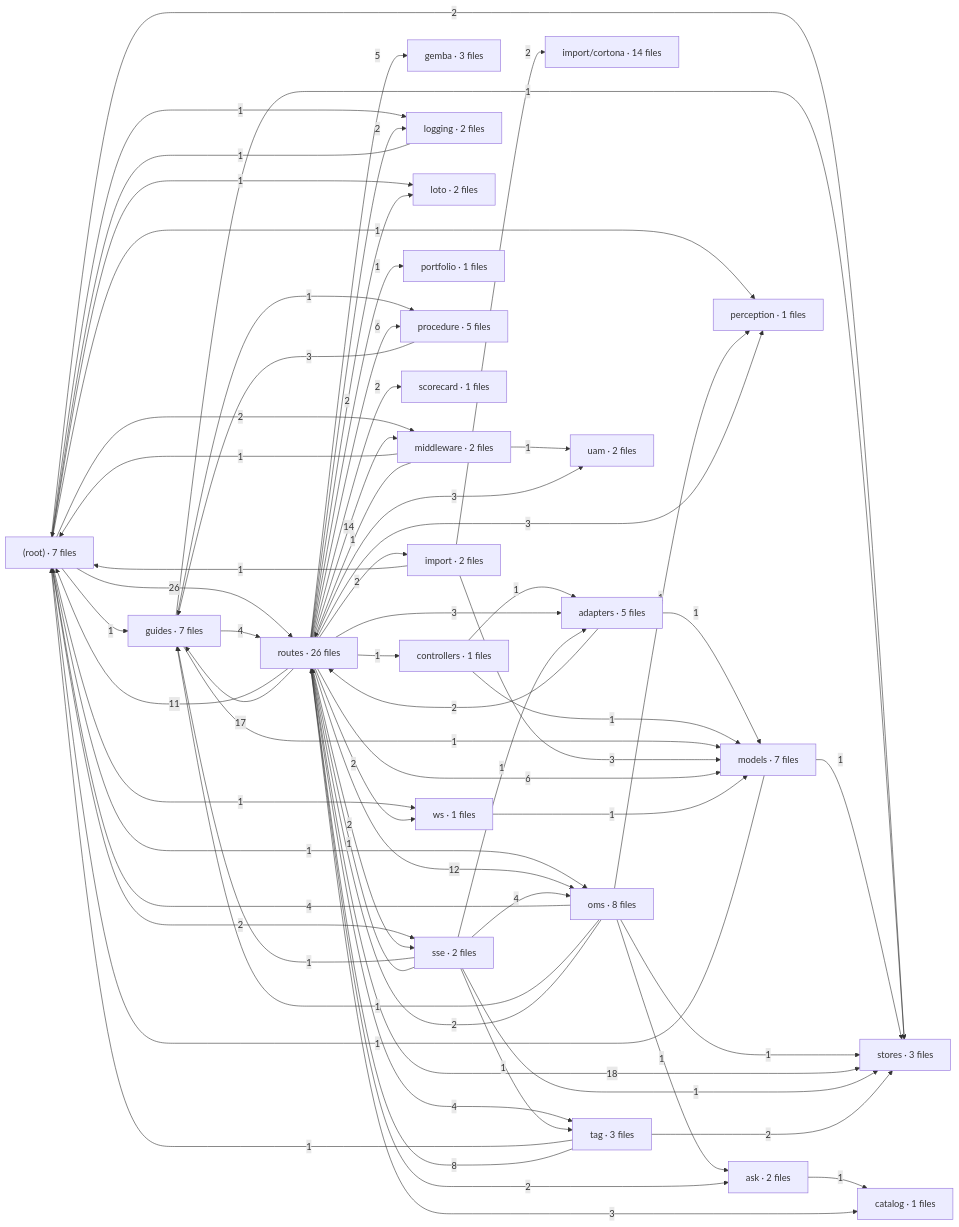
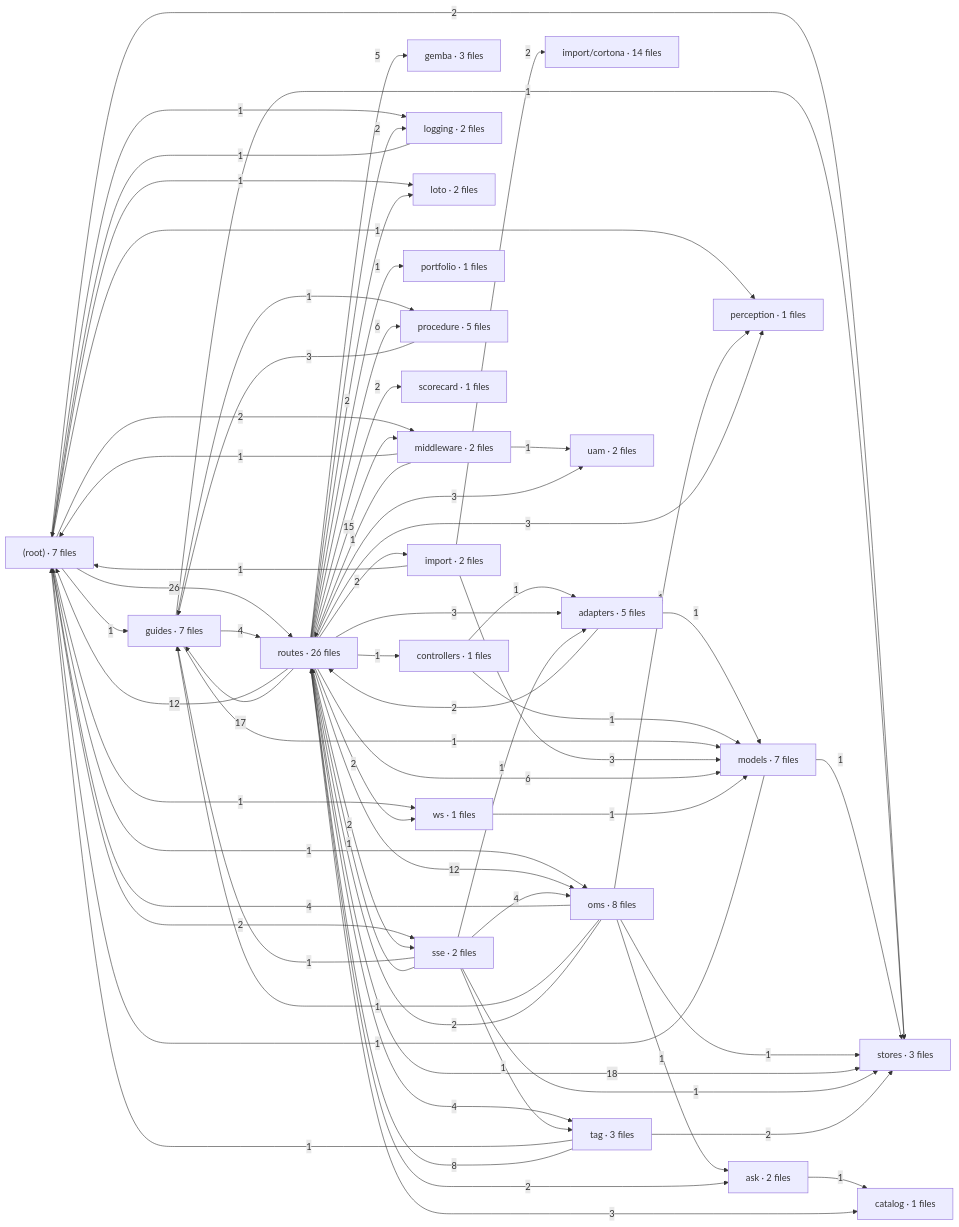
One commit to krocx/spatial-tapgging-app changed the diagram in docs/architecture/deps-sib.mmd. Above: the diagram before and after it, drawn with Mermaid. The commit also changed 25 other files, not shown here.

```diff
--- a/docs/architecture/deps-sib.mmd
+++ b/docs/architecture/deps-sib.mmd
@@ -1,94 +1,94 @@
 %% generated by scripts/arch-graph.mjs - do not edit
 flowchart LR
   %% sib/src - relative imports between folders (edge label = number of imports)
   F__["(root) · 7 files"]
   F_adapters["adapters · 5 files"]
   F_ask["ask · 2 files"]
   F_catalog["catalog · 1 files"]
   F_controllers["controllers · 1 files"]
   F_gemba["gemba · 3 files"]
   F_guides["guides · 7 files"]
   F_import["import · 2 files"]
   F_import_cortona["import/cortona · 14 files"]
   F_logging["logging · 2 files"]
   F_loto["loto · 2 files"]
   F_middleware["middleware · 2 files"]
   F_models["models · 7 files"]
   F_oms["oms · 8 files"]
   F_perception["perception · 1 files"]
   F_portfolio["portfolio · 1 files"]
   F_procedure["procedure · 5 files"]
   F_routes["routes · 26 files"]
   F_scorecard["scorecard · 1 files"]
   F_sse["sse · 2 files"]
   F_stores["stores · 3 files"]
   F_tag["tag · 3 files"]
   F_uam["uam · 2 files"]
   F_ws["ws · 1 files"]
   F__ -->|1| F_guides
   F__ -->|1| F_logging
   F__ -->|1| F_loto
   F__ -->|2| F_middleware
   F__ -->|1| F_oms
   F__ -->|1| F_perception
   F__ -->|26| F_routes
   F__ -->|2| F_sse
   F__ -->|2| F_stores
   F__ -->|1| F_ws
   F_adapters -->|1| F_models
   F_adapters -->|2| F_routes
   F_ask -->|1| F_catalog
   F_controllers -->|1| F_adapters
   F_controllers -->|1| F_models
   F_guides -->|1| F_models
   F_guides -->|1| F_procedure
   F_guides -->|4| F_routes
   F_guides -->|1| F_stores
   F_import -->|1| F__
   F_import -->|2| F_import_cortona
   F_import -->|3| F_models
   F_logging -->|1| F__
   F_middleware -->|1| F__
   F_middleware -->|1| F_routes
   F_middleware -->|1| F_uam
   F_models -->|1| F__
   F_models -->|1| F_stores
   F_oms -->|4| F__
   F_oms -->|1| F_ask
   F_oms -->|1| F_guides
   F_oms -->|1| F_perception
   F_oms -->|2| F_routes
   F_oms -->|1| F_stores
   F_procedure -->|3| F_guides
-  F_routes -->|11| F__
+  F_routes -->|12| F__
   F_routes -->|3| F_adapters
   F_routes -->|2| F_ask
   F_routes -->|3| F_catalog
   F_routes -->|1| F_controllers
   F_routes -->|5| F_gemba
   F_routes -->|17| F_guides
   F_routes -->|2| F_import
   F_routes -->|2| F_logging
   F_routes -->|2| F_loto
-  F_routes -->|14| F_middleware
+  F_routes -->|15| F_middleware
   F_routes -->|6| F_models
   F_routes -->|12| F_oms
   F_routes -->|3| F_perception
   F_routes -->|1| F_portfolio
   F_routes -->|6| F_procedure
   F_routes -->|2| F_scorecard
   F_routes -->|2| F_sse
   F_routes -->|18| F_stores
   F_routes -->|4| F_tag
   F_routes -->|3| F_uam
   F_routes -->|2| F_ws
   F_sse -->|1| F_adapters
   F_sse -->|1| F_guides
   F_sse -->|4| F_oms
   F_sse -->|1| F_routes
   F_sse -->|1| F_stores
   F_sse -->|1| F_tag
   F_tag -->|1| F__
   F_tag -->|8| F_routes
   F_tag -->|2| F_stores
   F_ws -->|1| F_models
```
